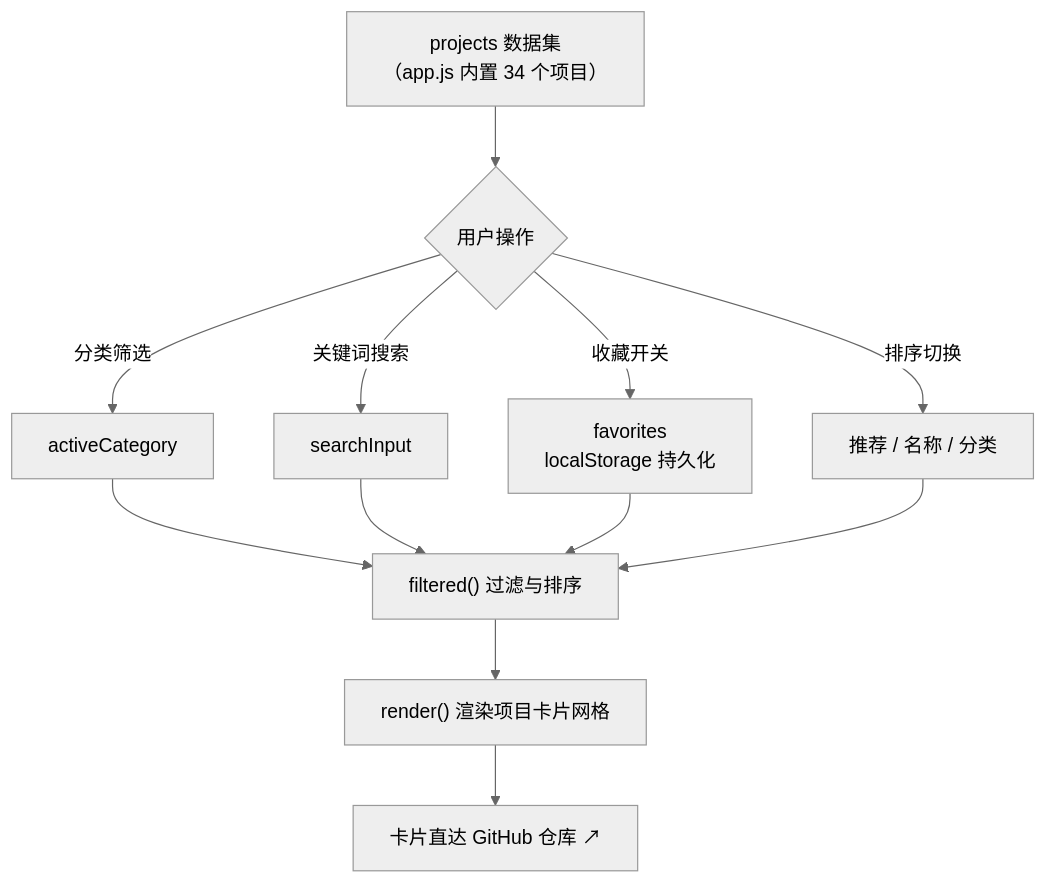
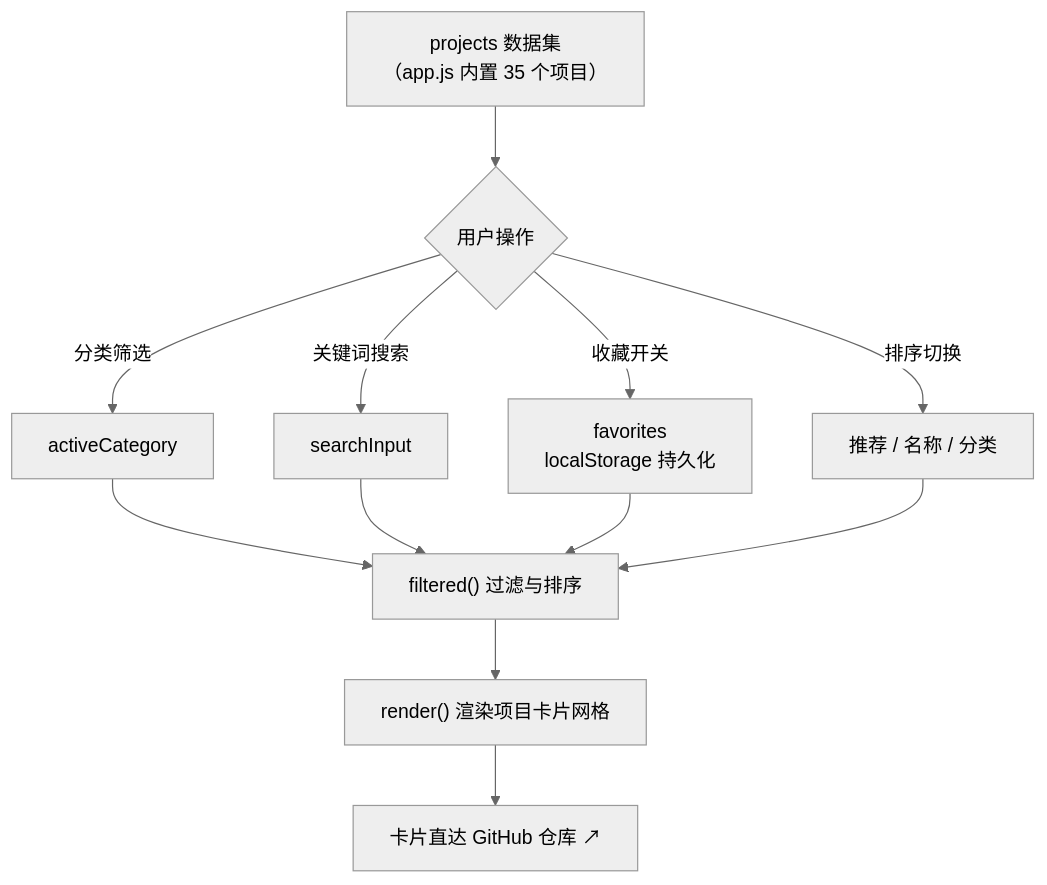
The diagram in README.md (JingHao-Leon/ai-oss-radar), drawn with Mermaid (neutral theme) before and after one commit. The commit also changed other lines of this file and 2 other files, not shown here.

````diff
--- a/README.md
+++ b/README.md
@@ -74,11 +74,11 @@
 ```mermaid
 flowchart TD
-    A["projects 数据集<br/>（app.js 内置 34 个项目）"] --> B{用户操作}
+    A["projects 数据集<br/>（app.js 内置 35 个项目）"] --> B{用户操作}
     B -->|分类筛选| C["activeCategory"]
     B -->|关键词搜索| D["searchInput"]
     B -->|收藏开关| E["favorites<br/>localStorage 持久化"]
     B -->|排序切换| F["推荐 / 名称 / 分类"]
     C & D & E & F --> G["filtered() 过滤与排序"]
     G --> H["render() 渲染项目卡片网格"]
     H --> I["卡片直达 GitHub 仓库 ↗"]
 ```
````
